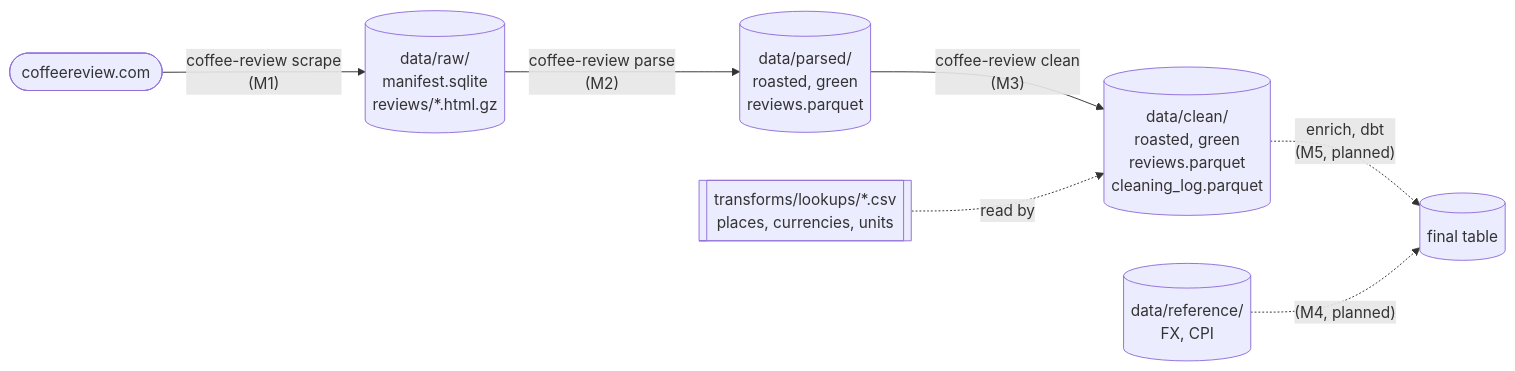
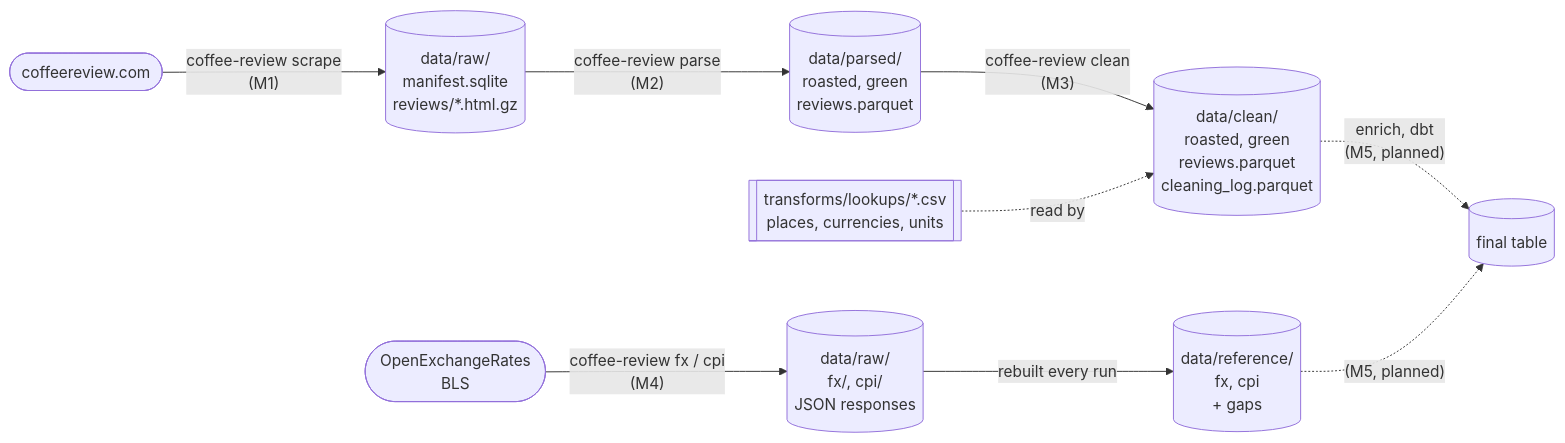
The first of 7 diagrams in docs/architecture.md (tynardone/coffee-review), drawn with Mermaid before and after one commit. The commit also changed other lines of this file and 7 other files, not shown here.

Commit message:
docs: M4 reference data: ADR 0009, architecture, data dictionary, roadmap

````diff
--- a/docs/architecture.md
+++ b/docs/architecture.md
@@ -13,17 +13,21 @@
 ```mermaid
 flowchart LR
     site(["coffeereview.com"])
+    apis(["OpenExchangeRates<br>BLS"])
     raw[("data/raw/<br>manifest.sqlite<br>reviews/*.html.gz")]
     parsed[("data/parsed/<br>roasted, green<br>reviews.parquet")]
     clean[("data/clean/<br>roasted, green<br>reviews.parquet<br>cleaning_log.parquet")]
     lookups[["transforms/lookups/*.csv<br>places, currencies, units"]]
-    reference[("data/reference/<br>FX, CPI")]
+    rawref[("data/raw/<br>fx/, cpi/<br>JSON responses")]
+    reference[("data/reference/<br>fx, cpi<br>+ gaps")]
     final[("final table")]
 
     site -->|"coffee-review scrape<br>(M1)"| raw
     raw -->|"coffee-review parse<br>(M2)"| parsed
     parsed -->|"coffee-review clean<br>(M3)"| clean
     lookups -.->|read by| clean
     clean -.->|"enrich, dbt<br>(M5, planned)"| final
-    reference -.->|"(M4, planned)"| final
+    apis -->|"coffee-review fx / cpi<br>(M4)"| rawref
+    rawref -->|rebuilt every run| reference
+    reference -.->|"(M5, planned)"| final
 ```
````
